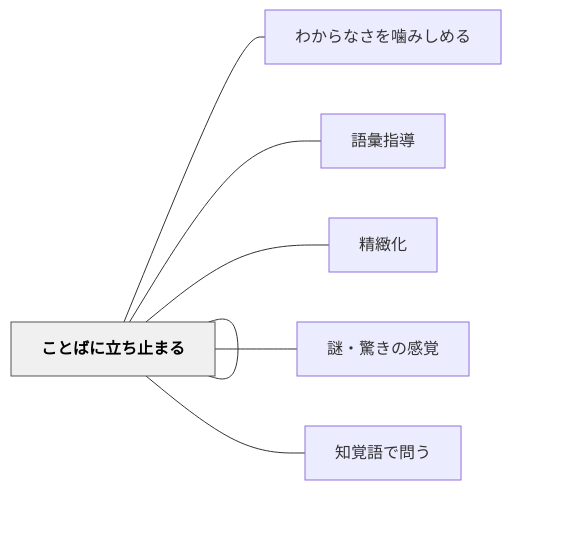
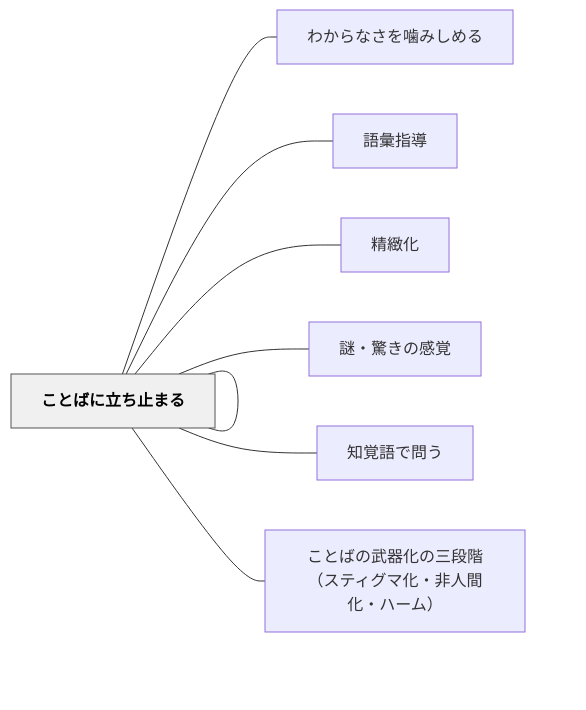
One commit to unknownthings-ed-patterns/unknownthings-ed-patterns changed the diagram in content/パタン/ことばに立ち止まる.md. Above: the diagram before and after it, drawn with Mermaid. The commit also changed other lines of this file and 2 other files, not shown here.

Commit message:
auto: Obsidianから同期 2026-06-19 21:38

````diff
--- a/content/パタン/ことばに立ち止まる.md
+++ b/content/パタン/ことばに立ち止まる.md
@@ -116,20 +116,22 @@
 ```mermaid
 flowchart LR
     ne38193e381a8e381b0e381abe7ab8be381a1e6ada2e381bee3828b["ことばに立ち止まる"]
     ne3828fe3818be38289e381aae38195e38292e5999be381bfe38197e38281e3828b["わからなさを噛みしめる"]
     ne8aa9ee5bd99e68c87e5b08e["語彙指導"]
     ne7b2bee7b7bbe58c96["精緻化"]
     ne8ac8ee383bbe9a99ae3818de381aee6849fe8a69a["謎・驚きの感覚"]
     ne79fa5e8a69ae8aa9ee381a7e5958fe38186["知覚語で問う"]
     ne38193e381a8e381b0e381abe7ab8be381a1e6ada2e381bee3828b["ことばに立ち止まる"]
+    ne38193e381a8e381b0e381aee6ada6e599a8e58c96e381aee4b889e6aeb5e99a8eefbc88e382b9e38386e382a3e382b0e3839ee58c96e383bbe99d9ee4babae99693e58c96e383bbe3838fe383bce383a0efbc89["ことばの武器化の三段階（スティグマ化・非人間化・ハーム）"]
 
     ne38193e381a8e381b0e381abe7ab8be381a1e6ada2e381bee3828b --- ne3828fe3818be38289e381aae38195e38292e5999be381bfe38197e38281e3828b
     ne38193e381a8e381b0e381abe7ab8be381a1e6ada2e381bee3828b --- ne8aa9ee5bd99e68c87e5b08e
     ne38193e381a8e381b0e381abe7ab8be381a1e6ada2e381bee3828b --- ne7b2bee7b7bbe58c96
     ne38193e381a8e381b0e381abe7ab8be381a1e6ada2e381bee3828b --- ne8ac8ee383bbe9a99ae3818de381aee6849fe8a69a
     ne38193e381a8e381b0e381abe7ab8be381a1e6ada2e381bee3828b --- ne79fa5e8a69ae8aa9ee381a7e5958fe38186
     ne38193e381a8e381b0e381abe7ab8be381a1e6ada2e381bee3828b --- ne38193e381a8e381b0e381abe7ab8be381a1e6ada2e381bee3828b
+    ne38193e381a8e381b0e381abe7ab8be381a1e6ada2e381bee3828b --- ne38193e381a8e381b0e381aee6ada6e599a8e58c96e381aee4b889e6aeb5e99a8eefbc88e382b9e38386e382a3e382b0e3839ee58c96e383bbe99d9ee4babae99693e58c96e383bbe3838fe383bce383a0efbc89
 
     classDef hub fill:#f0f0f0,stroke:#555,color:#000,font-weight:bold
     class ne38193e381a8e381b0e381abe7ab8be381a1e6ada2e381bee3828b hub
 ```
````
